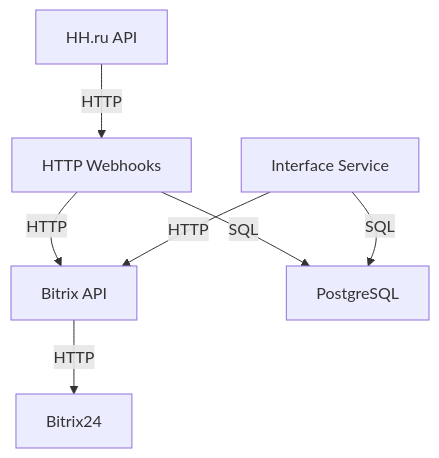
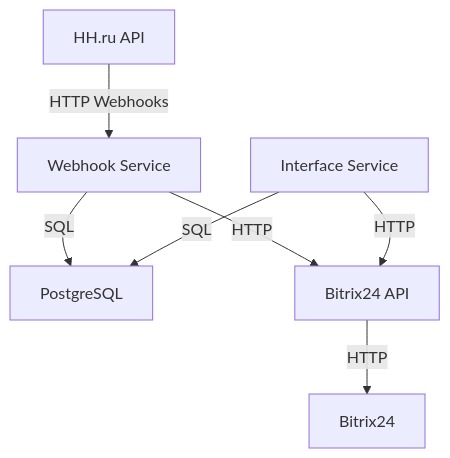
One commit to tyrypic/integration-headhunter changed the diagram in README.md. Above: the diagram before and after it, drawn with Mermaid.

````diff
--- a/README.md
+++ b/README.md
@@ -1,9 +1,9 @@
 ```mermaid
 graph TD;
-    HHru[HH.ru API] -->|HTTP| WebhookService[HTTP Webhooks];
-    WebhookService -->|HTTP| BitrixAPI[Bitrix API];
+    HHru[HH.ru API] -->|HTTP Webhooks| WebhookService[Webhook Service];
     WebhookService -->|SQL| PostgreSQL[PostgreSQL];
+    WebhookService -->|HTTP| BitrixAPI[Bitrix24 API];
     InterfaceService[Interface Service] -->|HTTP| BitrixAPI;
     InterfaceService -->|SQL| PostgreSQL;
     BitrixAPI -->|HTTP| Bitrix24[Bitrix24];
 ```
````
